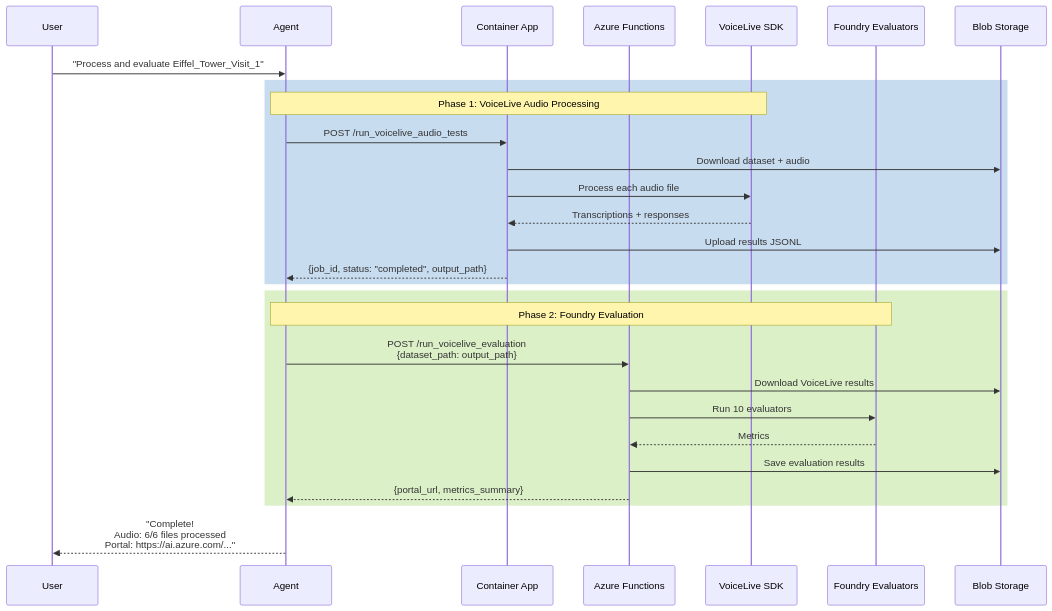
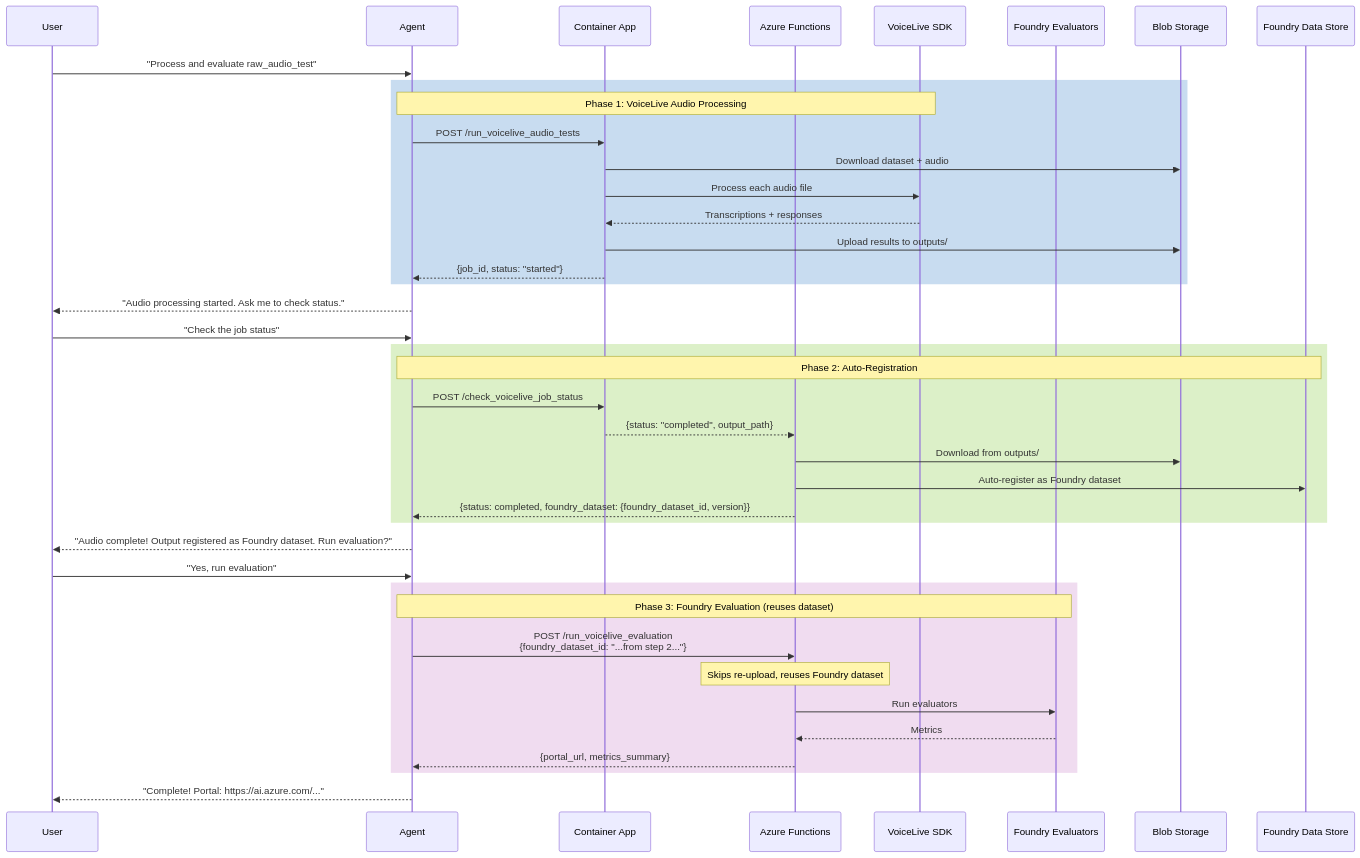
Before and after one commit to microsoft-foundry/voicelive-evaluation: diagram 15 of 18 in evaluation_agent_v3/ARCHITECTURE.md, drawn with Mermaid. The commit also changed other lines of this file and 1 other file, not shown here.

First line of the commit message:
docs: comprehensive dataset lifecycle flowcharts and polling limitation

````diff
--- a/evaluation_agent_v3/ARCHITECTURE.md
+++ b/evaluation_agent_v3/ARCHITECTURE.md
@@ -742,34 +870,49 @@
 ```mermaid
 sequenceDiagram
     participant User
     participant Agent
     participant CA as Container App
     participant Functions as Azure Functions
     participant VL as VoiceLive SDK
     participant Foundry as Foundry Evaluators
     participant Blob as Blob Storage
+    participant FD as Foundry Data Store
     
-    User->>Agent: "Process and evaluate Eiffel_Tower_Visit_1"
+    User->>Agent: "Process and evaluate raw_audio_test"
     
     rect rgb(200, 220, 240)
         Note over Agent,VL: Phase 1: VoiceLive Audio Processing
         Agent->>CA: POST /run_voicelive_audio_tests
         CA->>Blob: Download dataset + audio
         CA->>VL: Process each audio file
         VL-->>CA: Transcriptions + responses
-        CA->>Blob: Upload results JSONL
-        CA-->>Agent: {job_id, status: "completed", output_path}
+        CA->>Blob: Upload results to outputs/
+        CA-->>Agent: {job_id, status: "started"}
     end
     
+    Agent-->>User: "Audio processing started. Ask me to check status."
+    User->>Agent: "Check the job status"
+    
     rect rgb(220, 240, 200)
-        Note over Agent,Foundry: Phase 2: Foundry Evaluation
-        Agent->>Functions: POST /run_voicelive_evaluation<br/>{dataset_path: output_path}
-        Functions->>Blob: Download VoiceLive results
-        Functions->>Foundry: Run 10 evaluators
+        Note over Agent,FD: Phase 2: Auto-Registration
+        Agent->>CA: POST /check_voicelive_job_status
+        CA-->>Functions: {status: "completed", output_path}
+        Functions->>Blob: Download from outputs/
+        Functions->>FD: Auto-register as Foundry dataset
+        Functions-->>Agent: {status: completed, foundry_dataset: {foundry_dataset_id, version}}
+    end
+    
+    Agent-->>User: "Audio complete! Output registered as Foundry dataset. Run evaluation?"
+    User->>Agent: "Yes, run evaluation"
+    
+    rect rgb(240, 220, 240)
+        Note over Agent,Foundry: Phase 3: Foundry Evaluation (reuses dataset)
+        Agent->>Functions: POST /run_voicelive_evaluation<br/>{foundry_dataset_id: "...from step 2..."}
+        Note over Functions: Skips re-upload, reuses Foundry dataset
+        Functions->>Foundry: Run evaluators
         Foundry-->>Functions: Metrics
-        Functions->>Blob: Save evaluation results
         Functions-->>Agent: {portal_url, metrics_summary}
     end
     
-    Agent-->>User: "Complete!<br/>Audio: 6/6 files processed<br/>Portal: https://ai.azure.com/..."
+    Agent-->>User: "Complete! Portal: https://ai.azure.com/..."
 ```
````
